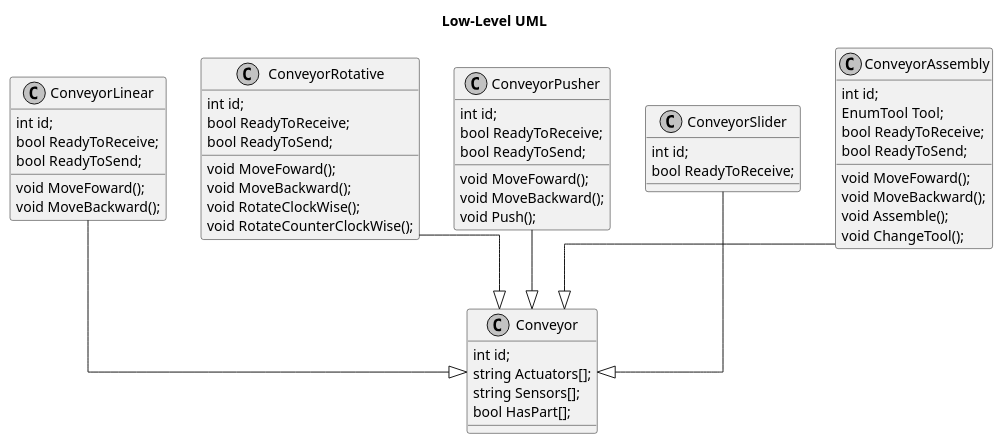
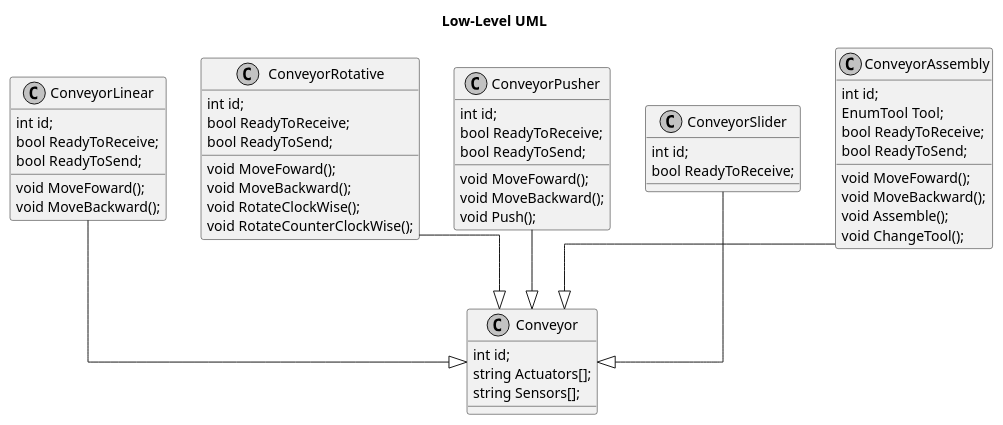
The diagram in docs/classes_uml/low_level.puml (avrocha/plant-floor-control), drawn with PlantUML before and after one commit. The commit also changed 1 other file, not shown here.

Commit message:
Removed HastPart from LL UML and updates to the MES UML (removed regions, removed storage manager)

```diff
--- a/docs/classes_uml/low_level.puml
+++ b/docs/classes_uml/low_level.puml
@@ -1,81 +1,80 @@
 @startuml
 skinparam linetype ortho
 skinparam Monochrome true
 
 title Low-Level UML
 
 /'
 
 Conveyors
 
 '/
 
 class Conveyor {
   int id;
   string Actuators[];
   string Sensors[];
-  bool HasPart[];
 }
 
 class ConveyorLinear {
   int id;
   bool ReadyToReceive;
   bool ReadyToSend;
   
   void MoveFoward();
   void MoveBackward();
 }
 
 class ConveyorRotative {
   int id;
   bool ReadyToReceive;
   bool ReadyToSend;
 
   void MoveFoward();
   void MoveBackward();
   void RotateClockWise();
   void RotateCounterClockWise();
 }
 
 class ConveyorPusher {
   int id;
   bool ReadyToReceive;
   bool ReadyToSend;
   
   void MoveFoward();
   void MoveBackward();
   void Push();
 }
 
 class ConveyorSlider {
   int id;
   bool ReadyToReceive;
 }
 
 class ConveyorAssembly {
   int id;
   EnumTool Tool;
   bool ReadyToReceive;
   bool ReadyToSend;  
 
   void MoveFoward();
   void MoveBackward();
   void Assemble();
   void ChangeTool();
 }
 
 ConveyorLinear --|> Conveyor
 ConveyorRotative --|> Conveyor
 ConveyorPusher --|> Conveyor
 ConveyorSlider --|> Conveyor
 ConveyorAssembly --|> Conveyor
 
 /'
 
 
 
 '/
 
 
 
 @enduml
```
